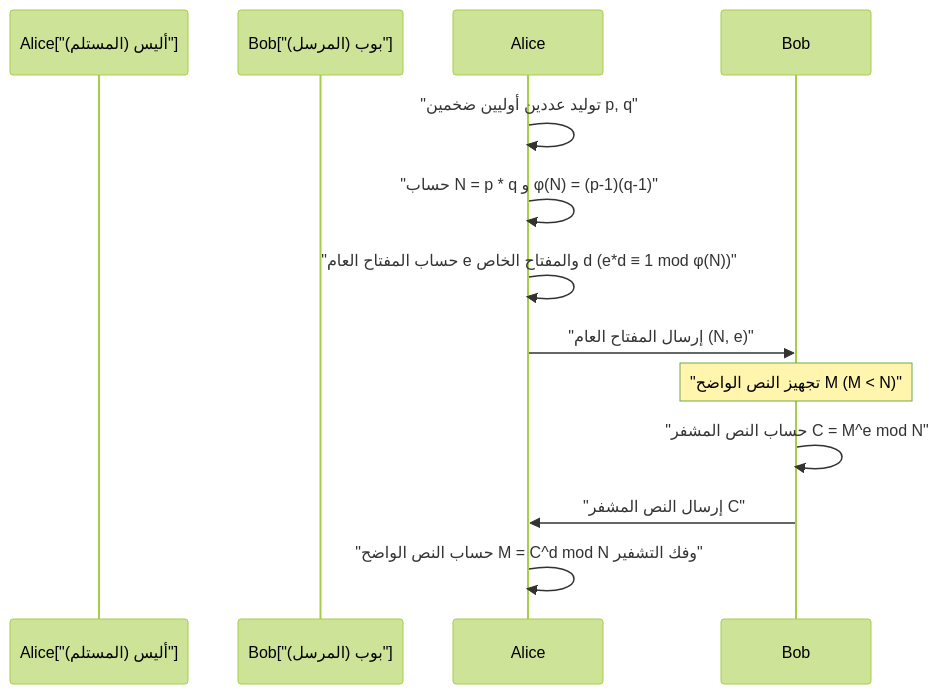
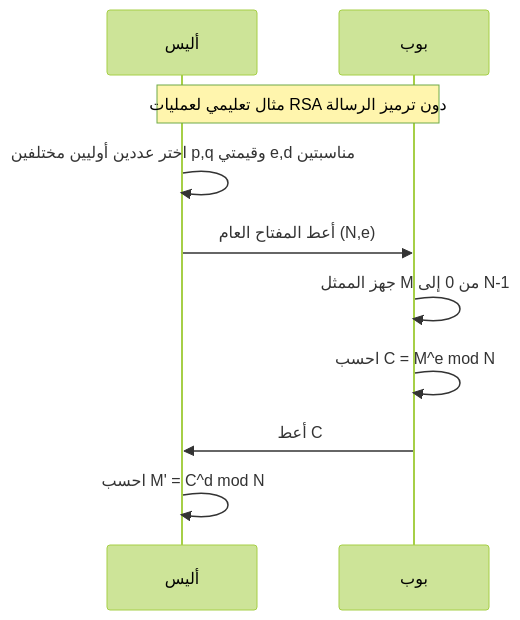
Before and after one commit to kenjinote/blog: the second of 2 diagrams in content/post/フェルマーの小定理と暗号化/index.ar.md, drawn with Mermaid (forest theme). The commit also changed other lines of this file and 5 other files, not shown here.

````diff
--- a/content/post/フェルマーの小定理と暗号化/index.ar.md
+++ b/content/post/フェルマーの小定理と暗号化/index.ar.md
@@ -295,14 +210,12 @@
 ```mermaid
 sequenceDiagram
-    participant Alice["أليس (المستلم)"]
-    participant Bob["بوب (المرسل)"]
-    
-    Alice->>Alice: "توليد عددين أوليين ضخمين p, q"
-    Alice->>Alice: "حساب N = p * q و φ(N) = (p-1)(q-1)"
-    Alice->>Alice: "حساب المفتاح العام e والمفتاح الخاص d (e*d ≡ 1 mod φ(N))"
-    Alice->>Bob: "إرسال المفتاح العام (N, e)"
-    Note over Bob: "تجهيز النص الواضح M (M < N)"
-    Bob->>Bob: "حساب النص المشفر C = M^e mod N"
-    Bob->>Alice: "إرسال النص المشفر C"
-    Alice->>Alice: "حساب النص الواضح M = C^d mod N وفك التشفير"
+    participant Alice as أليس
+    participant Bob as بوب
+    Note over Alice,Bob: مثال تعليمي لعمليات RSA دون ترميز الرسالة
+    Alice->>Alice: اختر عددين أوليين مختلفين p,q وقيمتي e,d مناسبتين
+    Alice->>Bob: أعط المفتاح العام (N,e)
+    Bob->>Bob: جهز الممثل M من 0 إلى N-1
+    Bob->>Bob: احسب C = M^e mod N
+    Bob->>Alice: أعط C
+    Alice->>Alice: احسب M' = C^d mod N
 ```
````
